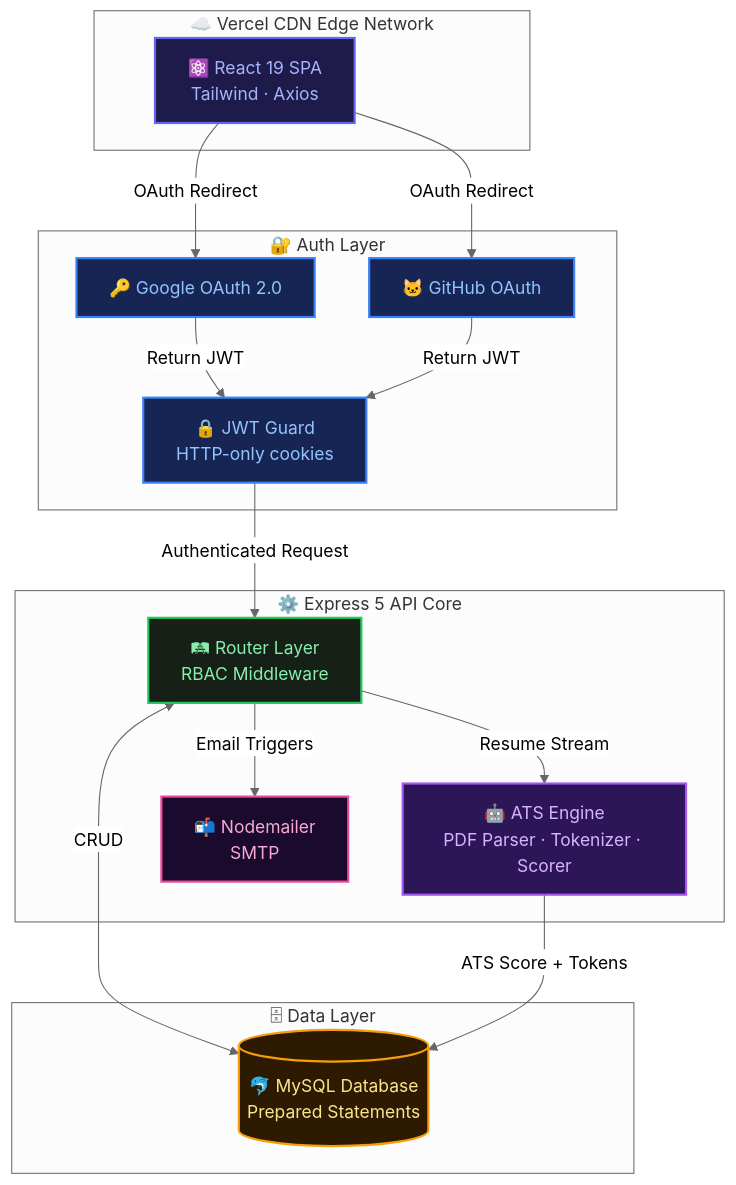
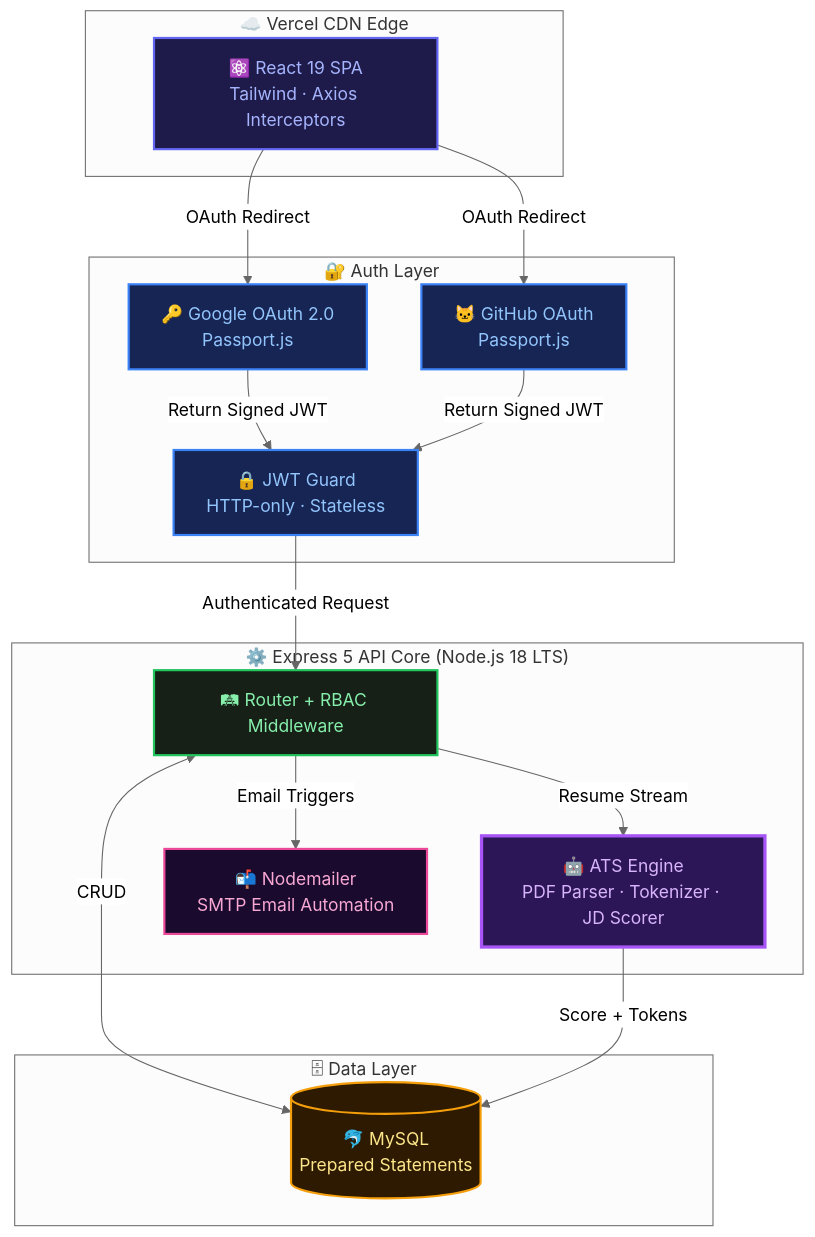
The first of 3 diagrams in README.md (ruthwik-thotapelli/TalentBridge-Secure-Enterprise-Full-Stack-Hiring-Platform), drawn with Mermaid (neutral theme) before and after one commit. The commit also changed other lines of this file and 1 other file, not shown here.

Commit message:
docs: recruiter-shocking README overhaul — full HD banner, matched indigo theme, colored Mermaid, RBAC box-art, metrics table

````diff
--- a/README.md
+++ b/README.md
@@ -132,39 +116,38 @@
 ```mermaid
 graph TD
-    classDef client  fill:#1e1b4b,stroke:#6366f1,stroke-width:2px,color:#a5b4fc
-    classDef auth    fill:#172554,stroke:#3b82f6,stroke-width:2px,color:#93c5fd
-    classDef api     fill:#162016,stroke:#22c55e,stroke-width:2px,color:#86efac
-    classDef ats     fill:#2d1657,stroke:#a855f7,stroke-width:2px,color:#d8b4fe
-    classDef db      fill:#2d1a00,stroke:#f59e0b,stroke-width:2px,color:#fde68a
-    classDef cdn     fill:#0a1929,stroke:#0ea5e9,stroke-width:2px,color:#7dd3fc
-    classDef mail    fill:#1a0a2e,stroke:#ec4899,stroke-width:2px,color:#f9a8d4
+    classDef client fill:#1e1b4b,stroke:#6366f1,stroke-width:2px,color:#a5b4fc
+    classDef auth   fill:#172554,stroke:#3b82f6,stroke-width:2px,color:#93c5fd
+    classDef api    fill:#162016,stroke:#22c55e,stroke-width:2px,color:#86efac
+    classDef ats    fill:#2d1657,stroke:#a855f7,stroke-width:3px,color:#d8b4fe
+    classDef db     fill:#2d1a00,stroke:#f59e0b,stroke-width:2px,color:#fde68a
+    classDef cdn    fill:#0a1929,stroke:#0ea5e9,stroke-width:2px,color:#7dd3fc
+    classDef mail   fill:#1a0a2e,stroke:#ec4899,stroke-width:2px,color:#f9a8d4
 
-    subgraph edge ["☁️ Vercel CDN Edge Network"]
-        C1["⚛️ React 19 SPA\nTailwind · Axios"]:::client
+    subgraph edge ["☁️  Vercel CDN Edge"]
+        C1["⚛️ React 19 SPA\nTailwind · Axios Interceptors"]:::client
     end
 
     subgraph auth_layer ["🔐 Auth Layer"]
-        A1["🔑 Google OAuth 2.0"]:::auth
-        A2["🐱 GitHub OAuth"]:::auth
-        A3["🔒 JWT Guard\nHTTP-only cookies"]:::auth
+        A1["🔑 Google OAuth 2.0\nPassport.js"]:::auth
+        A2["🐱 GitHub OAuth\nPassport.js"]:::auth
+        A3["🔒 JWT Guard\nHTTP-only · Stateless"]:::auth
     end
 
-    subgraph api_layer ["⚙️ Express 5 API Core"]
-        S1["🛤 Router Layer\nRBAC Middleware"]:::api
-        S2["🤖 ATS Engine\nPDF Parser · Tokenizer · Scorer"]:::ats
-        S3["📬 Nodemailer\nSMTP"]:::mail
+    subgraph api_layer ["⚙️  Express 5 API Core  (Node.js 18 LTS)"]
+        S1["🛤 Router + RBAC Middleware"]:::api
+        S2["🤖 ATS Engine\nPDF Parser · Tokenizer · JD Scorer"]:::ats
+        S3["📬 Nodemailer\nSMTP Email Automation"]:::mail
     end
 
-    subgraph data_layer ["🗄 Data Layer"]
-        D1[("🐬 MySQL Database\nPrepared Statements")]:::db
+    subgraph data_layer ["🗄  Data Layer"]
+        D1[("🐬 MySQL\nPrepared Statements")]:::db
     end
 
-    C1 -->|"OAuth Redirect"| A1
-    C1 -->|"OAuth Redirect"| A2
-    A1 & A2 -->|"Return JWT"| A3
+    C1 -->|"OAuth Redirect"| A1 & A2
+    A1 & A2 -->|"Return Signed JWT"| A3
     A3 -->|"Authenticated Request"| S1
     S1 -->|"Resume Stream"| S2
     S1 <-->|"CRUD"| D1
-    S2 -->|"ATS Score + Tokens"| D1
+    S2 -->|"Score + Tokens"| D1
     S1 -->|"Email Triggers"| S3
 ```
````
